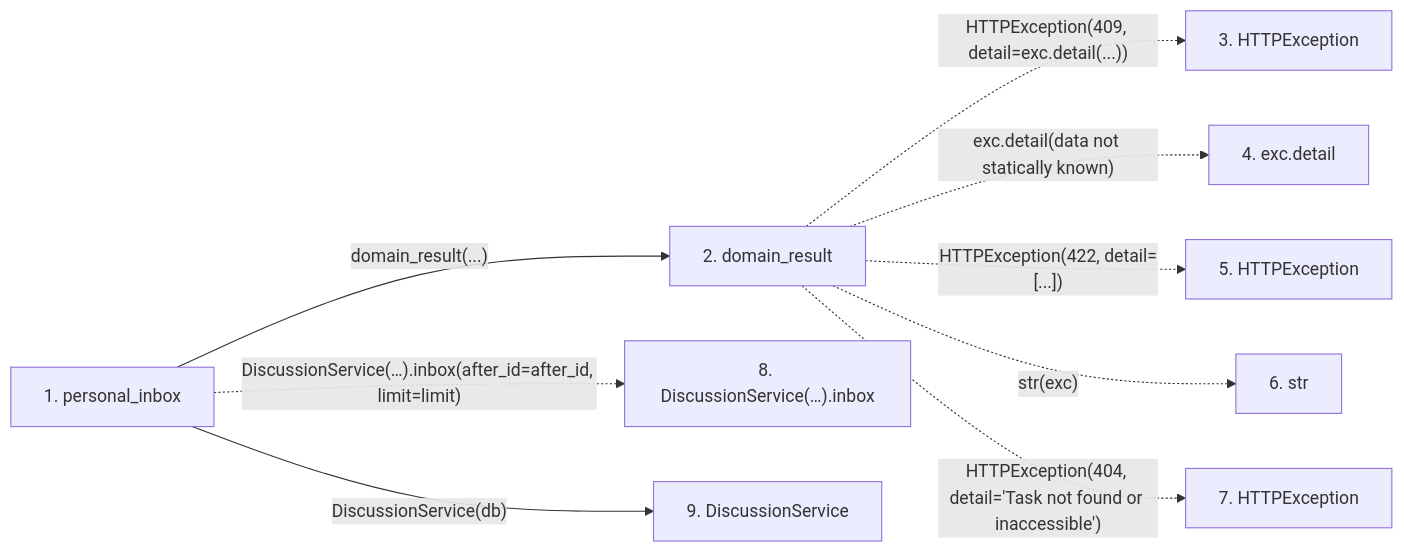
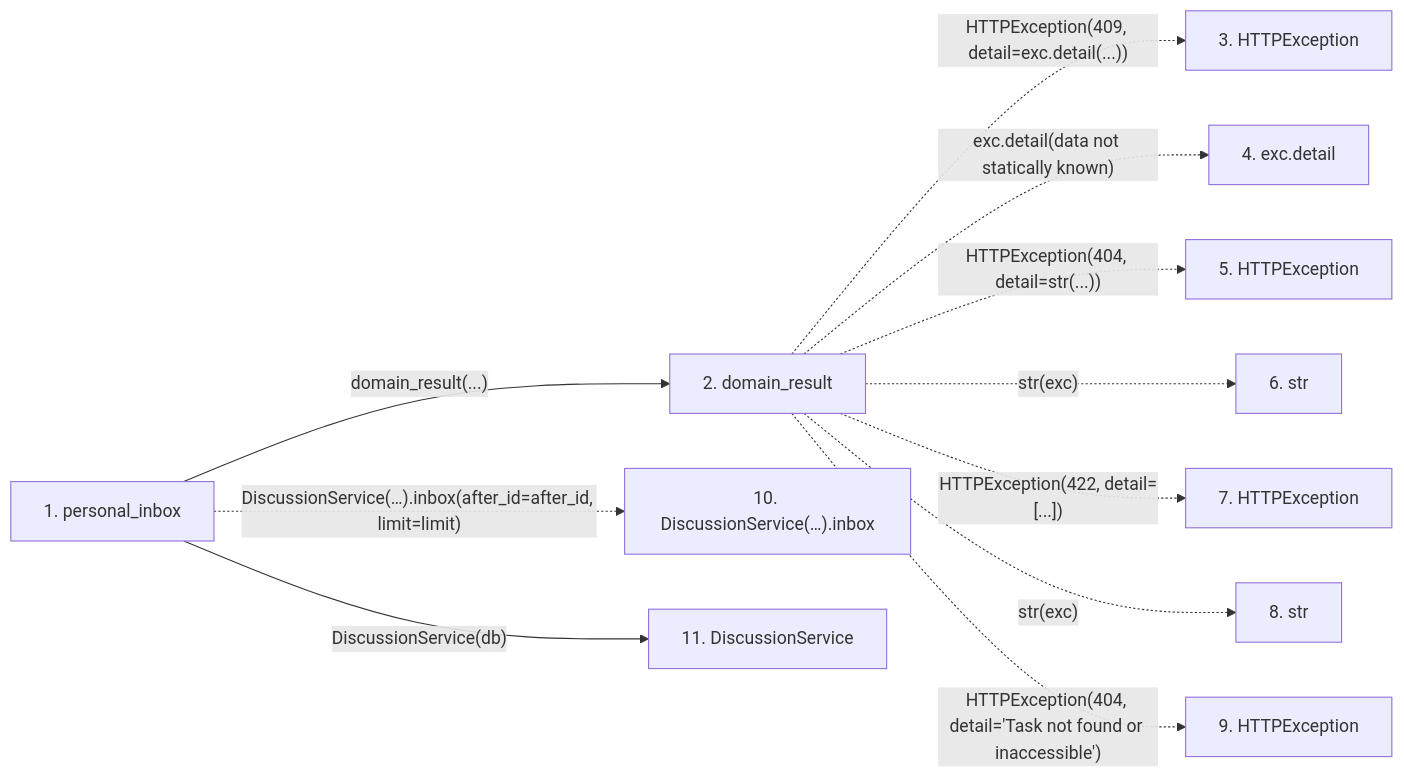
One commit to Denissvgn/WorkChord changed the second of 2 diagrams in docs/llm_wiki/flows/http-personal_inbox.md. Above: the diagram before and after it, drawn with Mermaid. The commit also changed other lines of this file and 6624 other files, not shown here.

````diff
--- a/docs/llm_wiki/flows/http-personal_inbox.md
+++ b/docs/llm_wiki/flows/http-personal_inbox.md
@@ -32,23 +34,27 @@
 ```mermaid
 flowchart LR
     s1["1. personal_inbox"]
     s2["2. domain_result"]
     s3["3. HTTPException"]
     s4["4. exc.detail"]
     s5["5. HTTPException"]
     s6["6. str"]
     s7["7. HTTPException"]
-    s8["8. DiscussionService(…).inbox"]
-    s9["9. DiscussionService"]
+    s8["8. str"]
+    s9["9. HTTPException"]
+    s10["10. DiscussionService(…).inbox"]
+    s11["11. DiscussionService"]
     s1 -->|"domain_result(...)"| s2
     s2 -. "HTTPException(409, detail=exc.detail(...))" .-> s3
     s2 -. "exc.detail(data not statically known)" .-> s4
-    s2 -. "HTTPException(422, detail=[...])" .-> s5
+    s2 -. "HTTPException(404, detail=str(...))" .-> s5
     s2 -. "str(exc)" .-> s6
-    s2 -. "HTTPException(404, detail='Task not found or inaccessible')" .-> s7
-    s1 -. "DiscussionService(…).inbox(after_id=after_id, limit=limit)" .-> s8
-    s1 -->|"DiscussionService(db)"| s9
+    s2 -. "HTTPException(422, detail=[...])" .-> s7
+    s2 -. "str(exc)" .-> s8
+    s2 -. "HTTPException(404, detail='Task not found or inaccessible')" .-> s9
+    s1 -. "DiscussionService(…).inbox(after_id=after_id, limit=limit)" .-> s10
+    s1 -->|"DiscussionService(db)"| s11
     click s1 "../modules/routers_discussion.md"
     click s2 "../modules/routers_task_domain.md"
-    click s9 "../modules/discussion_service.md"
+    click s11 "../modules/discussion_service.md"
 ```
````
